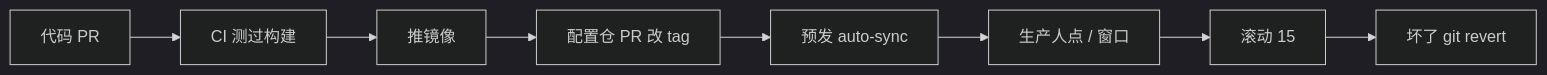
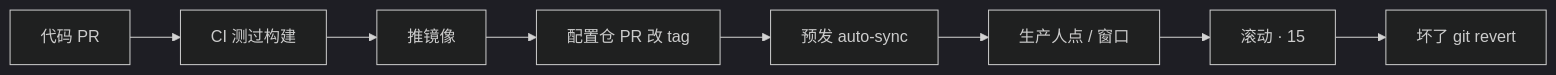
One commit to ml-cuizijun/LearnToLilith changed the seventh of 8 diagrams in 03-Kubernetes/23-GitOps-ArgoCD与Tekton/知识点.md. Above: the diagram before and after it, drawn with Mermaid (dark theme). The commit also changed other lines of this file and 178 other files, not shown here.

````diff
--- a/03-Kubernetes/23-GitOps-ArgoCD与Tekton/知识点.md
+++ b/03-Kubernetes/23-GitOps-ArgoCD与Tekton/知识点.md
@@ -489,13 +425,10 @@
 ```mermaid
 flowchart LR
     a[代码 PR] --> b[CI 测过构建]
     b --> c[推镜像]
     c --> d[配置仓 PR 改 tag]
     d --> e[预发 auto-sync]
     e --> f[生产人点 / 窗口]
-    f --> g[滚动 15]
+    f --> g[滚动 · 15]
     g --> h[坏了 git revert]
-
-    class a,b,c,d a
-    class e,f,g,h b
 ```
````
